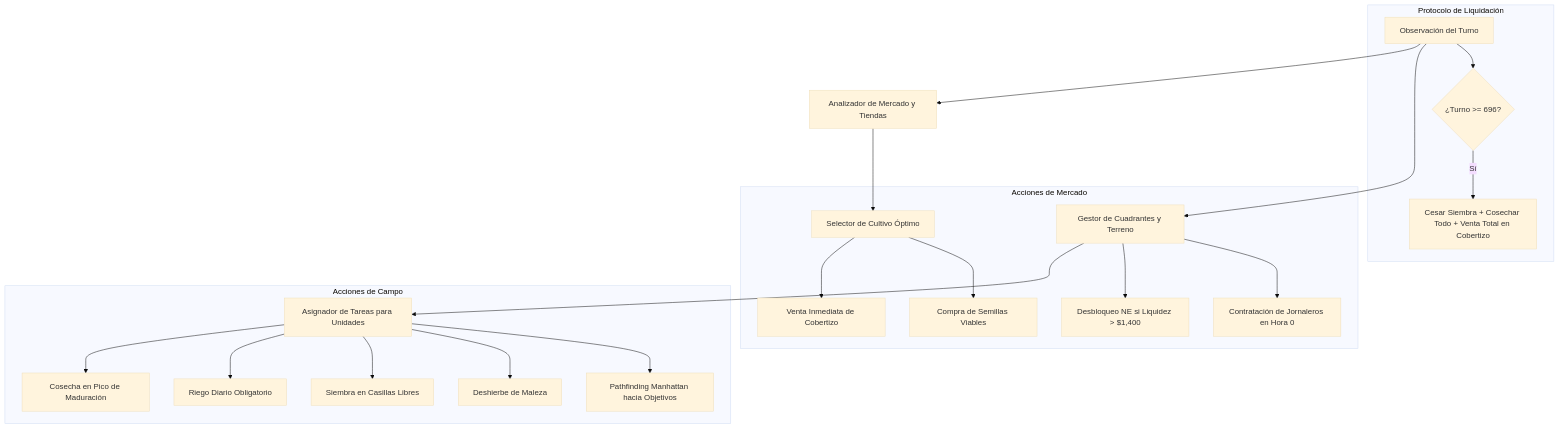
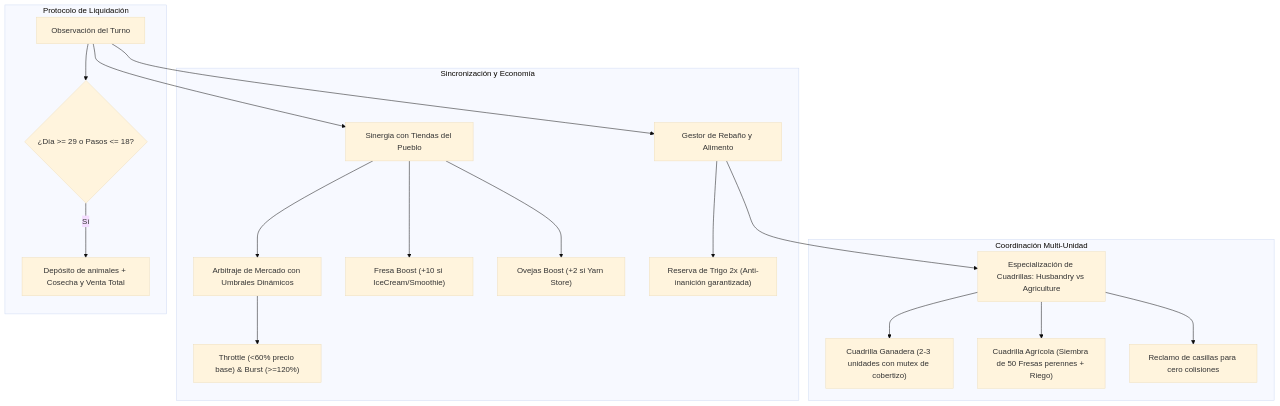
Before and after one commit to javier-hernaez/kaggle-portfolio: the diagram in 06_kaggriculture/README.md, drawn with Mermaid (base theme). The commit also changed other lines of this file and 2 other files, not shown here.

````diff
--- a/06_kaggriculture/README.md
+++ b/06_kaggriculture/README.md
@@ -60,27 +72,25 @@
 ```mermaid
 flowchart TD
-    A[Observación del Turno] --> B[Analizador de Mercado y Tiendas]
-    A --> C[Gestor de Cuadrantes y Terreno]
-    B --> D[Selector de Cultivo Óptimo]
-    C --> E[Asignador de Tareas para Unidades]
+    A[Observación del Turno] --> B[Sinergia con Tiendas del Pueblo]
+    A --> C[Gestor de Rebaño y Alimento]
+    B --> D[Arbitraje de Mercado con Umbrales Dinámicos]
+    C --> E[Especialización de Cuadrillas: Husbandry vs Agriculture]
     
-    subgraph Acciones de Mercado
-        D --> F1[Venta Inmediata de Cobertizo]
-        D --> F2[Compra de Semillas Viables]
-        C --> F3[Desbloqueo NE si Liquidez > $1,400]
-        C --> F4[Contratación de Jornaleros en Hora 0]
+    subgraph Sincronización y Economía
+        B --> F1["Fresa Boost (+10 si IceCream/Smoothie)"]
+        B --> F2["Ovejas Boost (+2 si Yarn Store)"]
+        D --> F3["Throttle (<60% precio base) & Burst (>=120%)"]
+        C --> F4["Reserva de Trigo 2x (Anti-inanición garantizada)"]
     end
     
-    subgraph Acciones de Campo
-        E --> G1[Cosecha en Pico de Maduración]
-        E --> G2[Riego Diario Obligatorio]
-        E --> G3[Siembra en Casillas Libres]
-        E --> G4[Deshierbe de Maleza]
-        E --> G5[Pathfinding Manhattan hacia Objetivos]
+    subgraph Coordinación Multi-Unidad
+        E --> G1["Cuadrilla Ganadera (2-3 unidades con mutex de cobertizo)"]
+        E --> G2["Cuadrilla Agrícola (Siembra de 50 Fresas perennes + Riego)"]
+        E --> G3["Reclamo de casillas para cero colisiones"]
     end
     
     subgraph Protocolo de Liquidación
-        A --> H{¿Turno >= 696?}
-        H -- Sí --> I[Cesar Siembra + Cosechar Todo + Venta Total en Cobertizo]
+        A --> H{"¿Día >= 29 o Pasos <= 18?"}
+        H -- Sí --> I["Depósito de animales + Cosecha y Venta Total"]
     end
 ```
````
